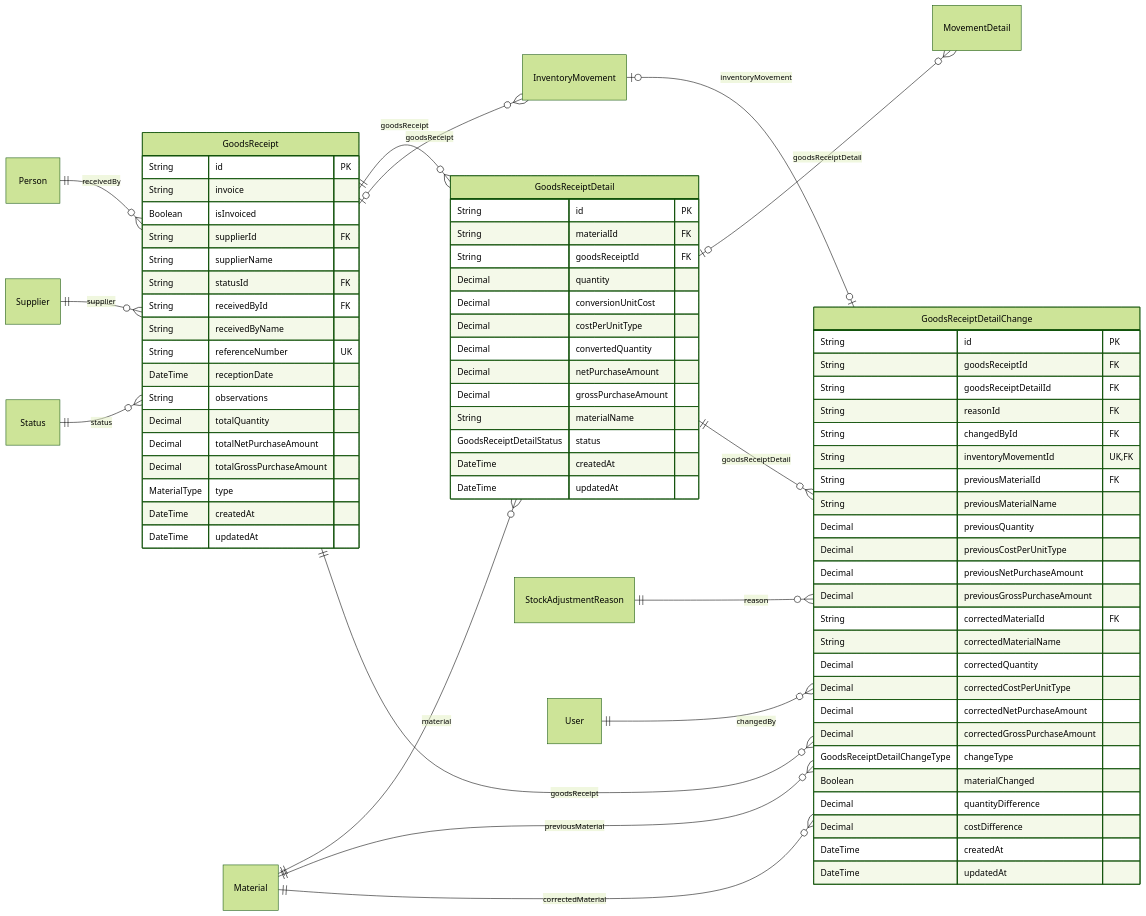
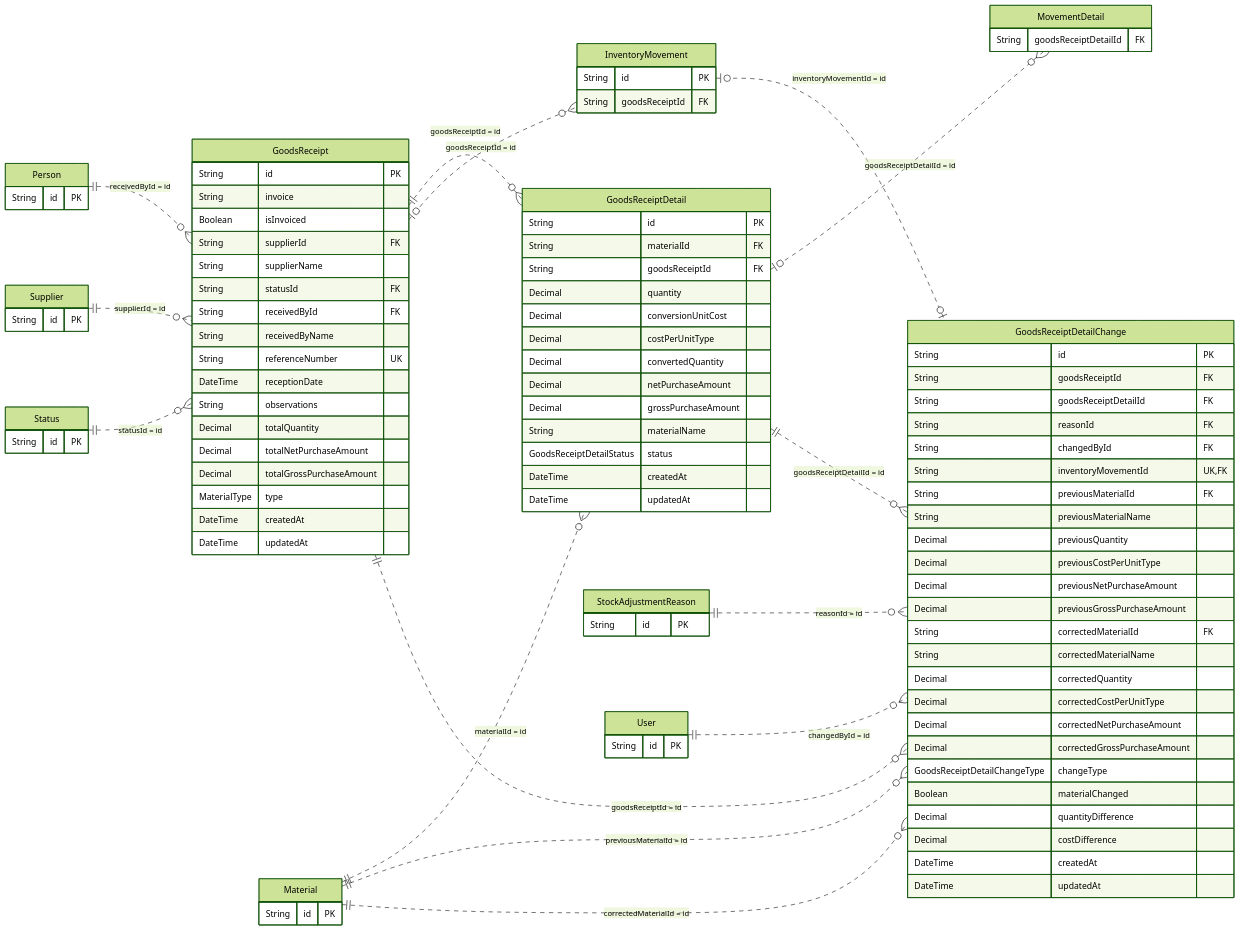
One commit to gpgsistemas01/nexus changed the eighth of 14 diagrams in docs/architecture/views/logical/data-and-persistence/generated/database-schema.md. Above: the diagram before and after it, drawn with Mermaid (forest theme). The commit also changed other lines of this file and 20 other files, not shown here.

Commit message:
docs: corregir relaciones ER y notación UML de diagramas

````diff
--- a/docs/architecture/views/logical/data-and-persistence/generated/database-schema.md
+++ b/docs/architecture/views/logical/data-and-persistence/generated/database-schema.md
@@ -323,18 +473,43 @@
         DateTime createdAt
         DateTime updatedAt
     }
-    Person ||--o{ GoodsReceipt : "receivedBy"
-    Supplier ||--o{ GoodsReceipt : "supplier"
-    Status ||--o{ GoodsReceipt : "status"
-    GoodsReceipt ||--o{ GoodsReceiptDetail : "goodsReceipt"
-    Material ||--o{ GoodsReceiptDetail : "material"
-    GoodsReceipt o|--o{ InventoryMovement : "goodsReceipt"
-    GoodsReceiptDetail o|--o{ MovementDetail : "goodsReceiptDetail"
-    GoodsReceipt ||--o{ GoodsReceiptDetailChange : "goodsReceipt"
-    GoodsReceiptDetail ||--o{ GoodsReceiptDetailChange : "goodsReceiptDetail"
-    StockAdjustmentReason ||--o{ GoodsReceiptDetailChange : "reason"
-    User ||--o{ GoodsReceiptDetailChange : "changedBy"
-    Material ||--o{ GoodsReceiptDetailChange : "previousMaterial"
-    Material ||--o{ GoodsReceiptDetailChange : "correctedMaterial"
-    InventoryMovement o|--o| GoodsReceiptDetailChange : "inventoryMovement"
+    Person {
+        String id PK
+    }
+    Supplier {
+        String id PK
+    }
+    Status {
+        String id PK
+    }
+    Material {
+        String id PK
+    }
+    InventoryMovement {
+        String id PK
+        String goodsReceiptId FK
+    }
+    MovementDetail {
+        String goodsReceiptDetailId FK
+    }
+    StockAdjustmentReason {
+        String id PK
+    }
+    User {
+        String id PK
+    }
+    Person ||..o{ GoodsReceipt : "receivedById = id"
+    Supplier ||..o{ GoodsReceipt : "supplierId = id"
+    Status ||..o{ GoodsReceipt : "statusId = id"
+    GoodsReceipt ||..o{ GoodsReceiptDetail : "goodsReceiptId = id"
+    Material ||..o{ GoodsReceiptDetail : "materialId = id"
+    GoodsReceipt o|..o{ InventoryMovement : "goodsReceiptId = id"
+    GoodsReceiptDetail o|..o{ MovementDetail : "goodsReceiptDetailId = id"
+    GoodsReceipt ||..o{ GoodsReceiptDetailChange : "goodsReceiptId = id"
+    GoodsReceiptDetail ||..o{ GoodsReceiptDetailChange : "goodsReceiptDetailId = id"
+    StockAdjustmentReason ||..o{ GoodsReceiptDetailChange : "reasonId = id"
+    User ||..o{ GoodsReceiptDetailChange : "changedById = id"
+    Material ||..o{ GoodsReceiptDetailChange : "previousMaterialId = id"
+    Material ||..o{ GoodsReceiptDetailChange : "correctedMaterialId = id"
+    InventoryMovement o|..o| GoodsReceiptDetailChange : "inventoryMovementId = id"
 ```
````
